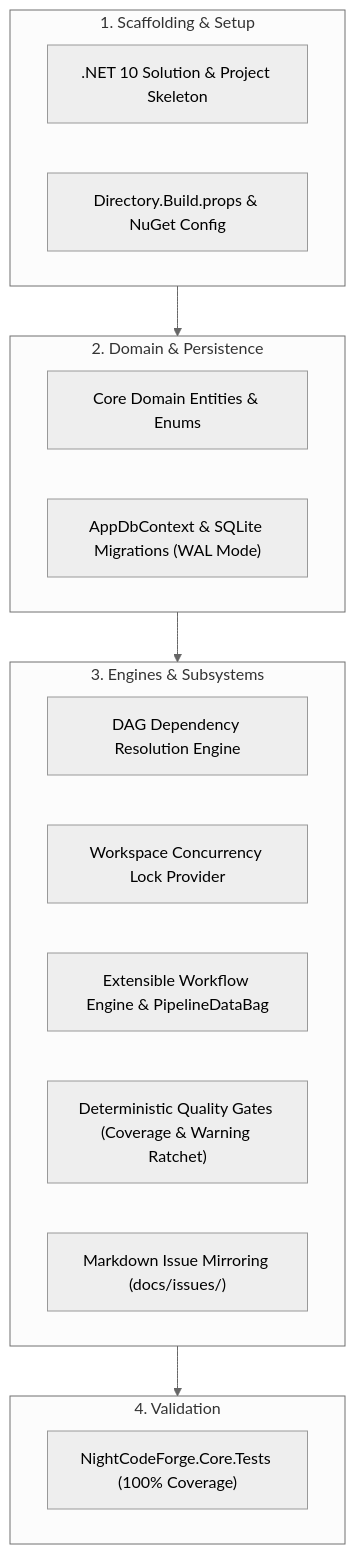
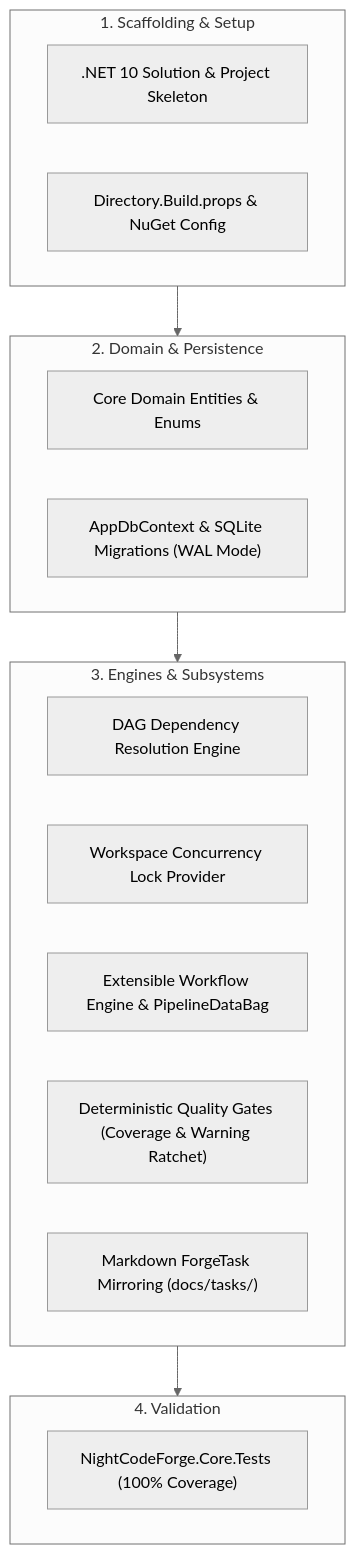
One commit to jetelain/NightCodeForge changed the diagram in docs/plan/01_FOUNDATION_DOMAIN_AND_WORKFLOW.md. Above: the diagram before and after it, drawn with Mermaid (neutral theme). The commit also changed other lines of this file and 151 other files, not shown here.

Commit message:
Issue -> Task

````diff
--- a/docs/plan/01_FOUNDATION_DOMAIN_AND_WORKFLOW.md
+++ b/docs/plan/01_FOUNDATION_DOMAIN_AND_WORKFLOW.md
@@ -16,28 +16,28 @@
 ```mermaid
 flowchart TD
     subgraph Step1 ["1. Scaffolding & Setup"]
         Sln[".NET 10 Solution & Project Skeleton"]
         Props["Directory.Build.props & NuGet Config"]
     end
 
     subgraph Step2 ["2. Domain & Persistence"]
         Entities["Core Domain Entities & Enums"]
         EF["AppDbContext & SQLite Migrations (WAL Mode)"]
     end
 
     subgraph Step3 ["3. Engines & Subsystems"]
         DAG["DAG Dependency Resolution Engine"]
         Locks["Workspace Concurrency Lock Provider"]
         Pipeline["Extensible Workflow Engine & PipelineDataBag"]
         Gates["Deterministic Quality Gates (Coverage & Warning Ratchet)"]
-        Mirror["Markdown Issue Mirroring (docs/issues/)"]
+        Mirror["Markdown ForgeTask Mirroring (docs/tasks/)"]
     end
 
     subgraph Step4 ["4. Validation"]
         Tests["NightCodeForge.Core.Tests (100% Coverage)"]
     end
 
     Step1 --> Step2
     Step2 --> Step3
     Step3 --> Step4
 ```
````
